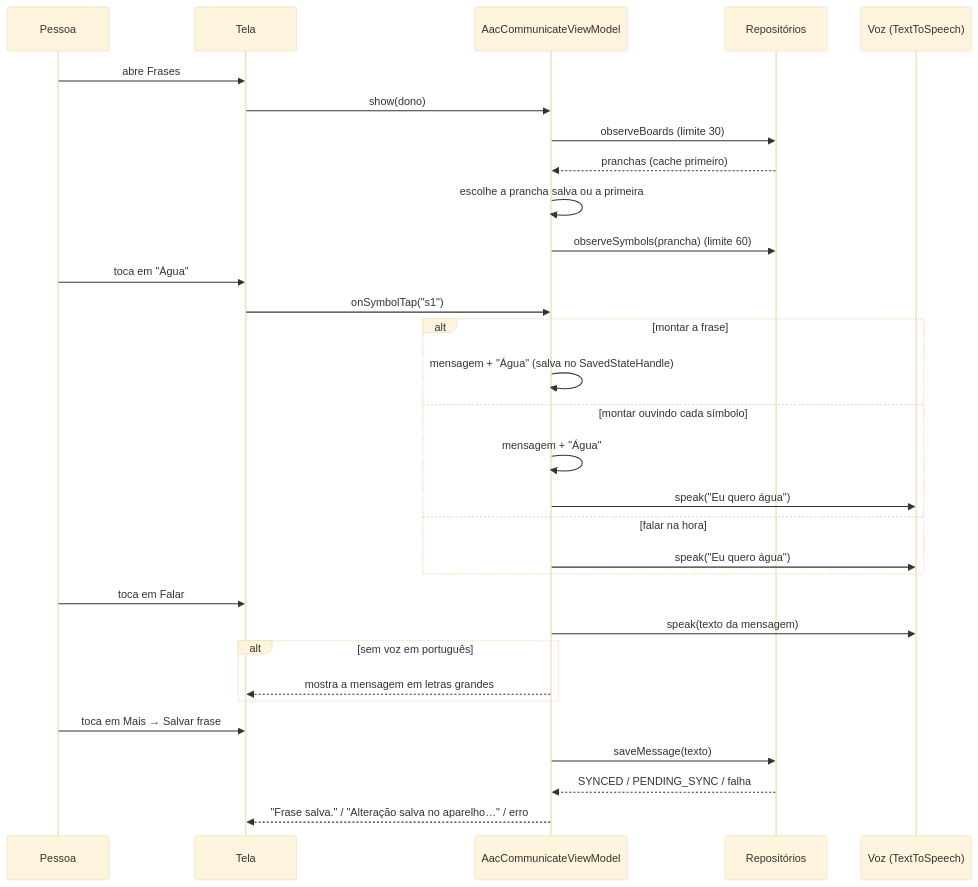
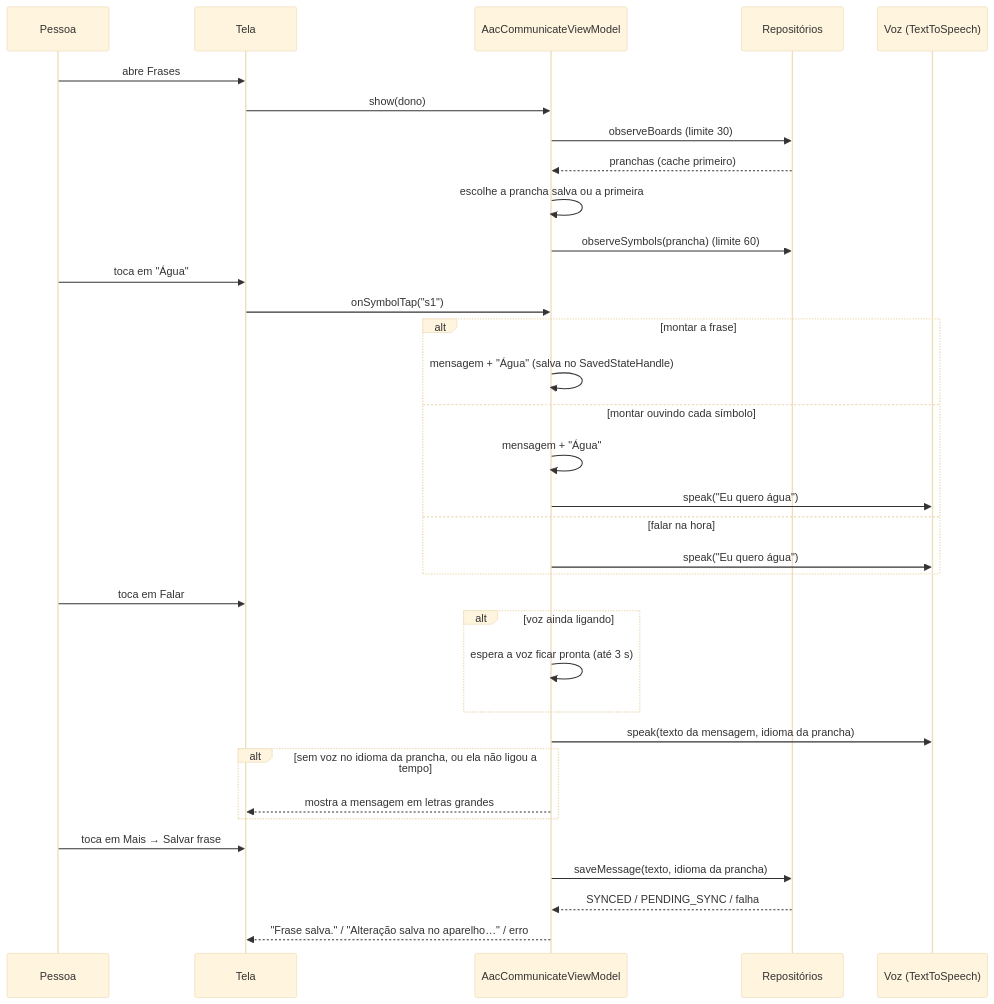
Before and after one commit to MatheusMendoncaLima/ori: the second of 5 diagrams in docs/funcionalidades/caa.md, drawn with Mermaid (base theme). The commit also changed other lines of this file and 516 other files, not shown here.

````diff
--- a/docs/funcionalidades/caa.md
+++ b/docs/funcionalidades/caa.md
@@ -156,33 +158,36 @@
 ```mermaid
 sequenceDiagram
     participant P as Pessoa
     participant T as Tela
     participant VM as AacCommunicateViewModel
     participant R as Repositórios
     participant V as Voz (TextToSpeech)
     P->>T: abre Frases
     T->>VM: show(dono)
     VM->>R: observeBoards (limite 30)
     R-->>VM: pranchas (cache primeiro)
     VM->>VM: escolhe a prancha salva ou a primeira
     VM->>R: observeSymbols(prancha) (limite 60)
     P->>T: toca em "Água"
     T->>VM: onSymbolTap("s1")
     alt montar a frase
         VM->>VM: mensagem + "Água" (salva no SavedStateHandle)
     else montar ouvindo cada símbolo
         VM->>VM: mensagem + "Água"
         VM->>V: speak("Eu quero água")
     else falar na hora
         VM->>V: speak("Eu quero água")
     end
     P->>T: toca em Falar
-    VM->>V: speak(texto da mensagem)
-    alt sem voz em português
+    alt voz ainda ligando
+        VM->>VM: espera a voz ficar pronta (até 3 s)
+    end
+    VM->>V: speak(texto da mensagem, idioma da prancha)
+    alt sem voz no idioma da prancha, ou ela não ligou a tempo
         VM-->>T: mostra a mensagem em letras grandes
     end
     P->>T: toca em Mais → Salvar frase
-    VM->>R: saveMessage(texto)
+    VM->>R: saveMessage(texto, idioma da prancha)
     R-->>VM: SYNCED / PENDING_SYNC / falha
     VM-->>T: "Frase salva." / "Alteração salva no aparelho…" / erro
 ```
````
